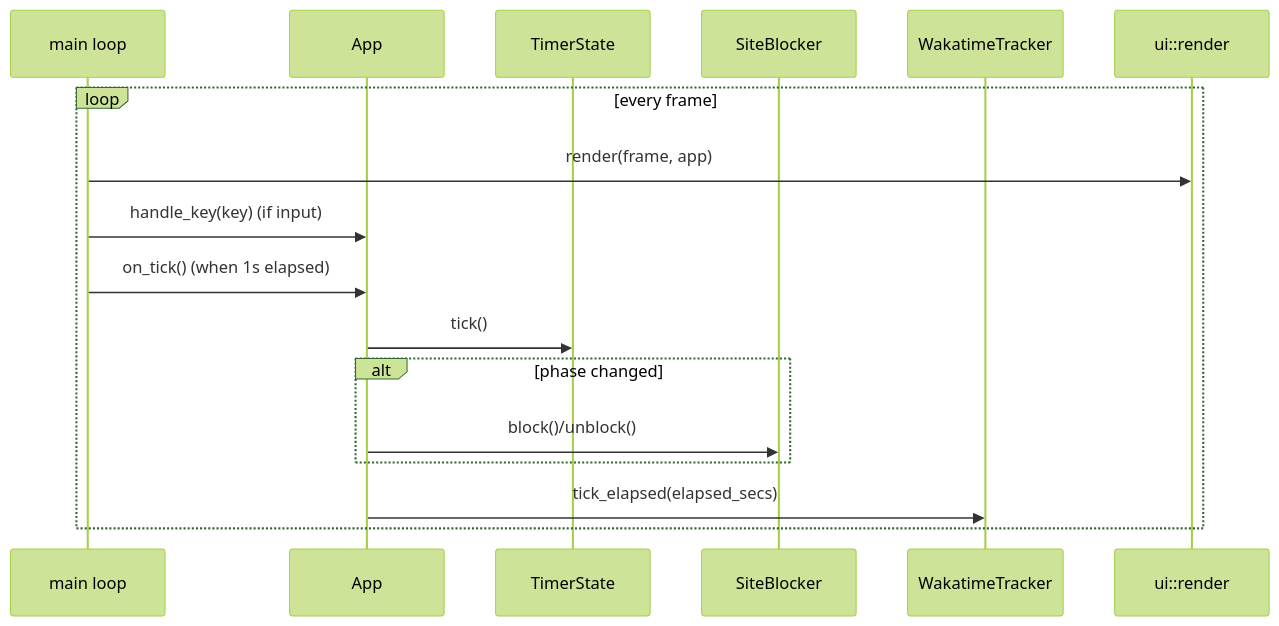
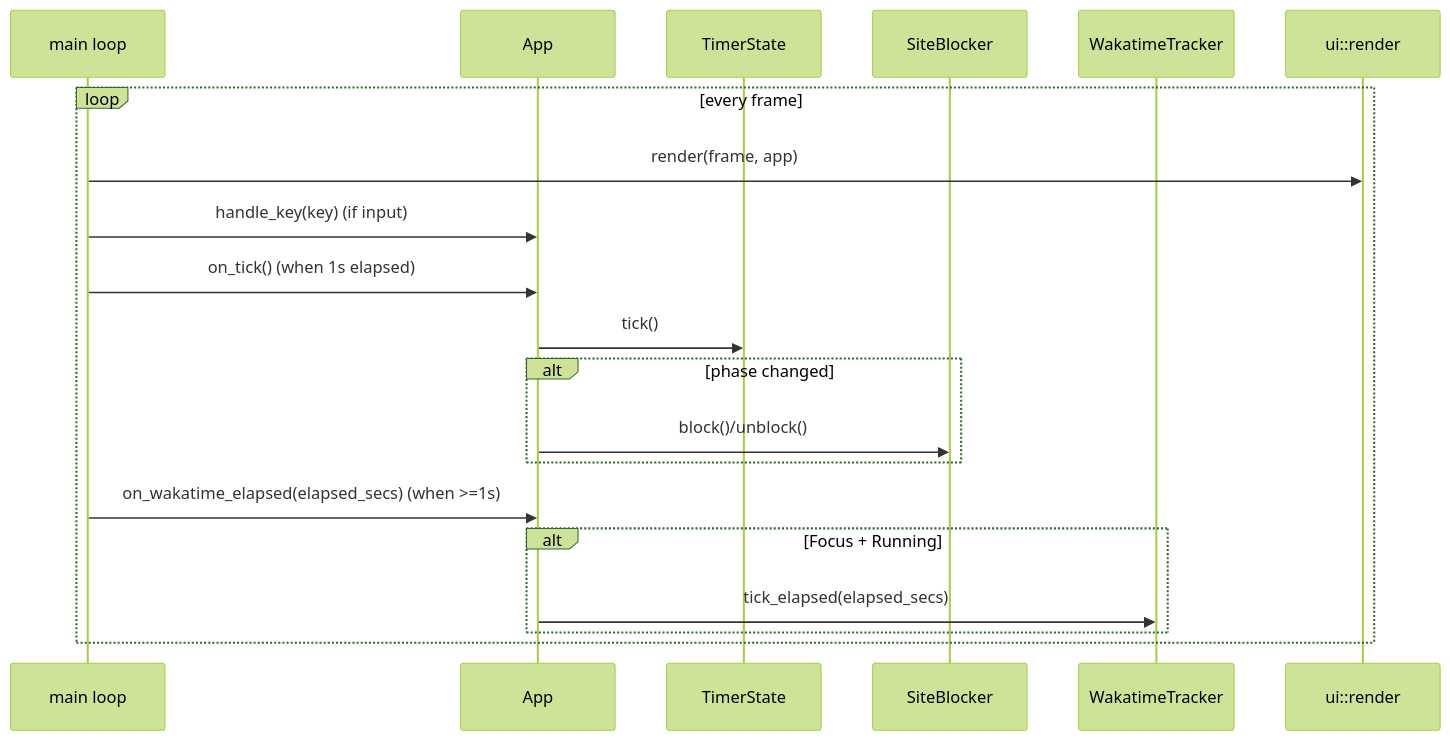
The second of 2 diagrams in ARCHITECTURE.md (utilForever/focustime), drawn with Mermaid (forest theme) before and after one commit. The commit also changed other lines of this file, not shown here.

Commit message:
docs: align architecture flow with runtime behavior

````diff
--- a/ARCHITECTURE.md
+++ b/ARCHITECTURE.md
@@ -45,20 +45,23 @@
 ```mermaid
 sequenceDiagram
     participant Main as main loop
     participant App as App
     participant Timer as TimerState
     participant Blocker as SiteBlocker
     participant Waka as WakatimeTracker
     participant UI as ui::render
 
     loop every frame
         Main->>UI: render(frame, app)
         Main->>App: handle_key(key) (if input)
         Main->>App: on_tick() (when 1s elapsed)
         App->>Timer: tick()
         alt phase changed
             App->>Blocker: block()/unblock()
         end
-        App->>Waka: tick_elapsed(elapsed_secs)
+        Main->>App: on_wakatime_elapsed(elapsed_secs) (when >=1s)
+        alt Focus + Running
+            App->>Waka: tick_elapsed(elapsed_secs)
+        end
     end
 ```
````
